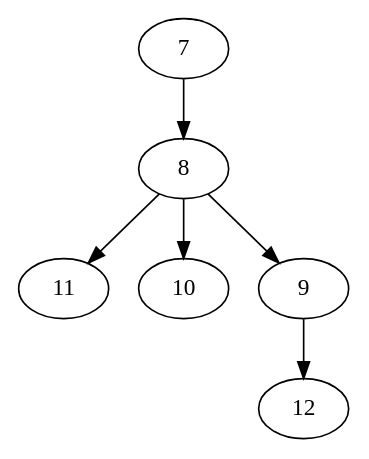
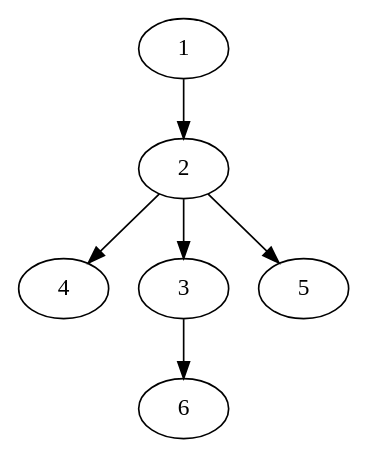
One commit to DonAurelio/ia-search-algorithms changed the diagram in Clases/test.dot. Above: the diagram before and after it, drawn with Graphviz. The commit also changed 2 other files, not shown here.

```diff
--- a/Clases/test.dot
+++ b/Clases/test.dot
@@ -1,7 +1,7 @@
 strict digraph  {
-	7 -> 8;
-	8 -> 11;
-	8 -> 10;
-	8 -> 9;
-	9 -> 12;
+	1 -> 2;
+	2 -> 4;
+	2 -> 3;
+	2 -> 5;
+	3 -> 6;
 }
```
